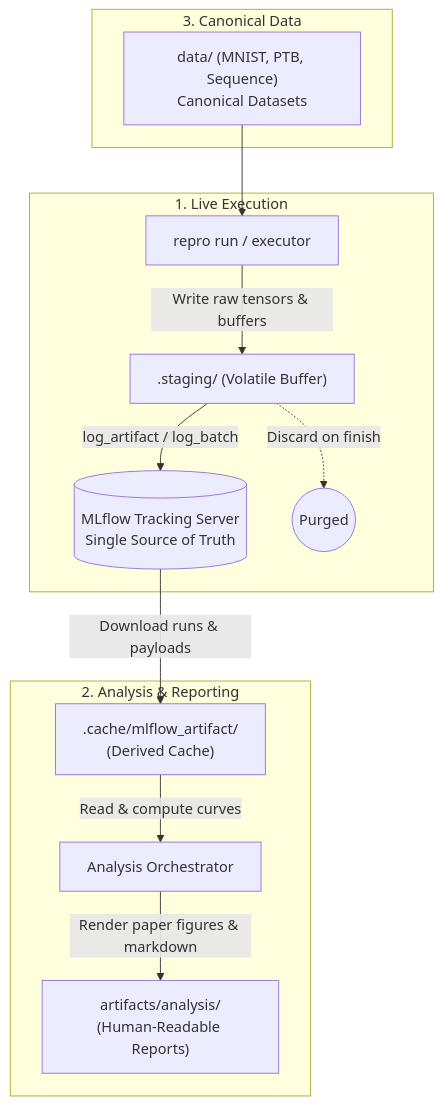
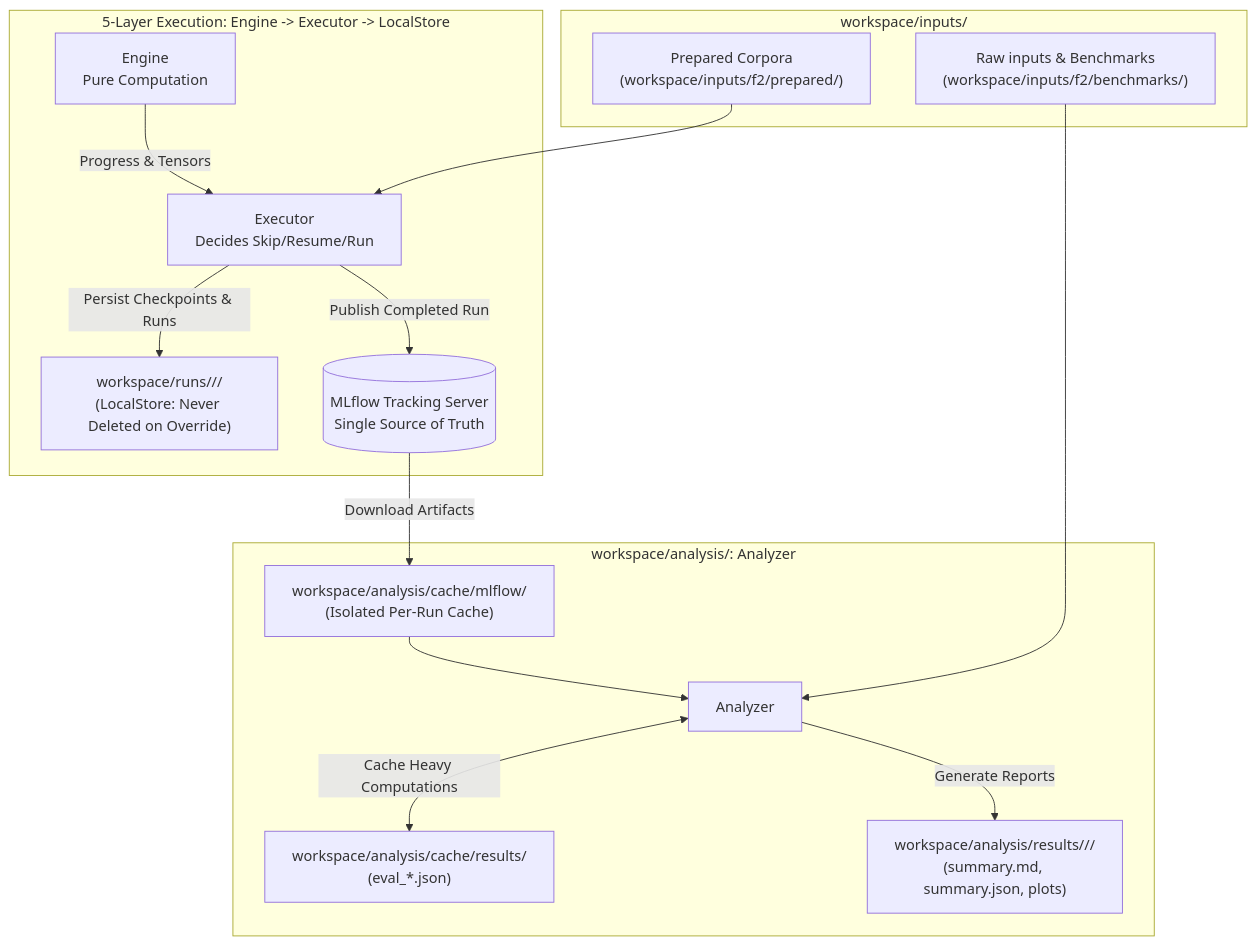
Before and after one commit to esillileu/abstract-dissection: the diagram in docs/guidelines/path-and-storage.md, drawn with Mermaid. The commit also changed other lines of this file and 19 other files, not shown here.

First line of the commit message:
refactor(f2): finalize 5-layer execution, storage, MLflow, and analysis architecture

````diff
--- a/docs/guidelines/path-and-storage.md
+++ b/docs/guidelines/path-and-storage.md
@@ -41,18 +62,23 @@
 ```mermaid
 flowchart TD
-    subgraph Execution Phase [1. Live Execution]
-        RUNNER[repro run / executor] -->|Write raw tensors & buffers| STAGING[".staging/ (Volatile Buffer)"]
-        STAGING -->|log_artifact / log_batch| MLFLOW[(MLflow Tracking Server\nSingle Source of Truth)]
-        STAGING -.->|Discard on finish| DISCARD((Purged))
+    subgraph Inputs [workspace/inputs/]
+        RAW["Raw inputs & Benchmarks\n(workspace/inputs/f2/benchmarks/)"]
+        PREP["Prepared Corpora\n(workspace/inputs/f2/prepared/)"]
     end
 
-    subgraph Analysis Phase [2. Analysis & Reporting]
-        MLFLOW -->|Download runs & payloads| CACHE[".cache/mlflow_artifact/\n(Derived Cache)"]
-        CACHE -->|Read & compute curves| ANALYSIS_ENGINE[Analysis Orchestrator]
-        ANALYSIS_ENGINE -->|Render paper figures & markdown| ARTIFACTS["artifacts/analysis/\n(Human-Readable Reports)"]
+    subgraph Execution [5-Layer Execution: Engine -> Executor -> LocalStore]
+        ENGINE[Engine\nPure Computation] -->|Progress & Tensors| EXECUTOR[Executor\nDecides Skip/Resume/Run]
+        EXECUTOR -->|Persist Checkpoints & Runs| RUNS["workspace/runs/<study>/<suite>/\n(LocalStore: Never Deleted on Override)"]
+        EXECUTOR -->|Publish Completed Run| MLFLOW[(MLflow Tracking Server\nSingle Source of Truth)]
     end
 
-    subgraph Datasets [3. Canonical Data]
-        DATA["data/ (MNIST, PTB, Sequence)\nCanonical Datasets"] --> RUNNER
+    subgraph Analysis [workspace/analysis/: Analyzer]
+        MLFLOW -->|Download Artifacts| MLFLOW_CACHE["workspace/analysis/cache/mlflow/\n(Isolated Per-Run Cache)"]
+        MLFLOW_CACHE --> ANALYZER[Analyzer]
+        ANALYZER <-->|Cache Heavy Computations| RES_CACHE["workspace/analysis/cache/results/\n(eval_*.json)"]
+        ANALYZER -->|Generate Reports| REPORTS["workspace/analysis/results/<study>/<suite>/\n(summary.md, summary.json, plots)"]
     end
+
+    PREP --> EXECUTOR
+    RAW --> ANALYZER
 ```
````
